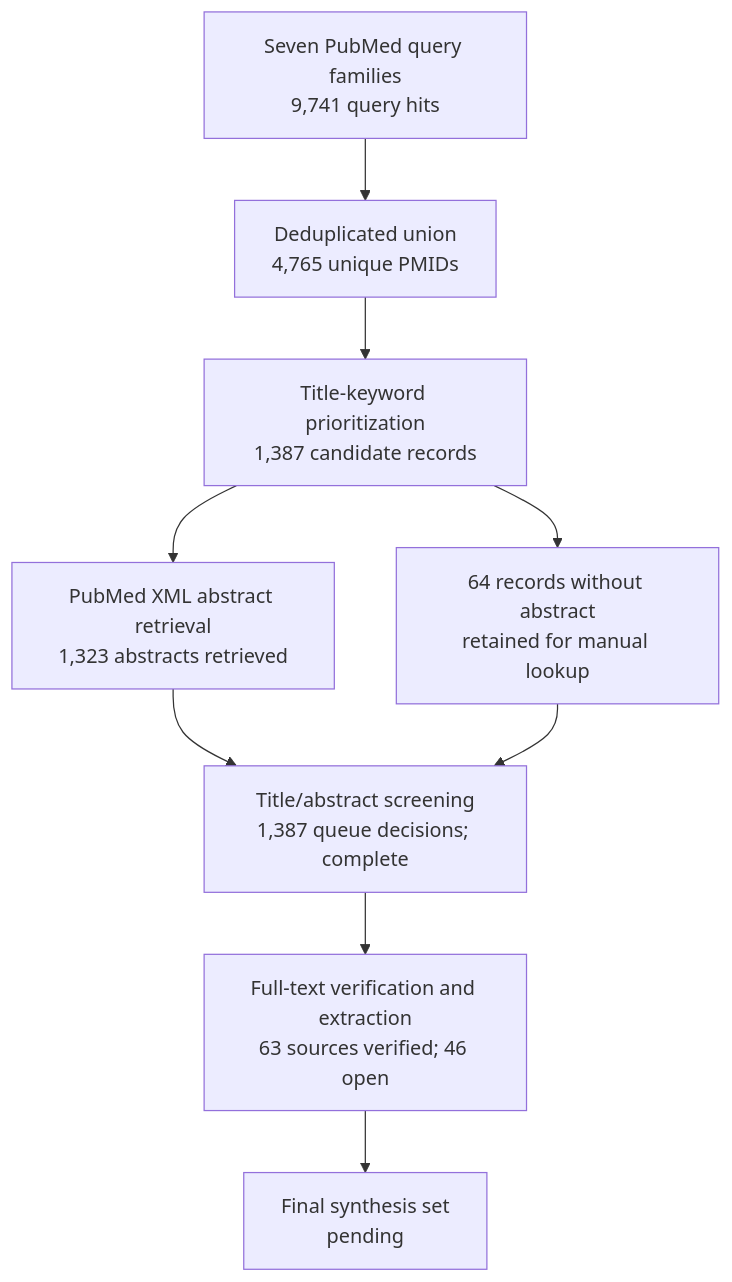
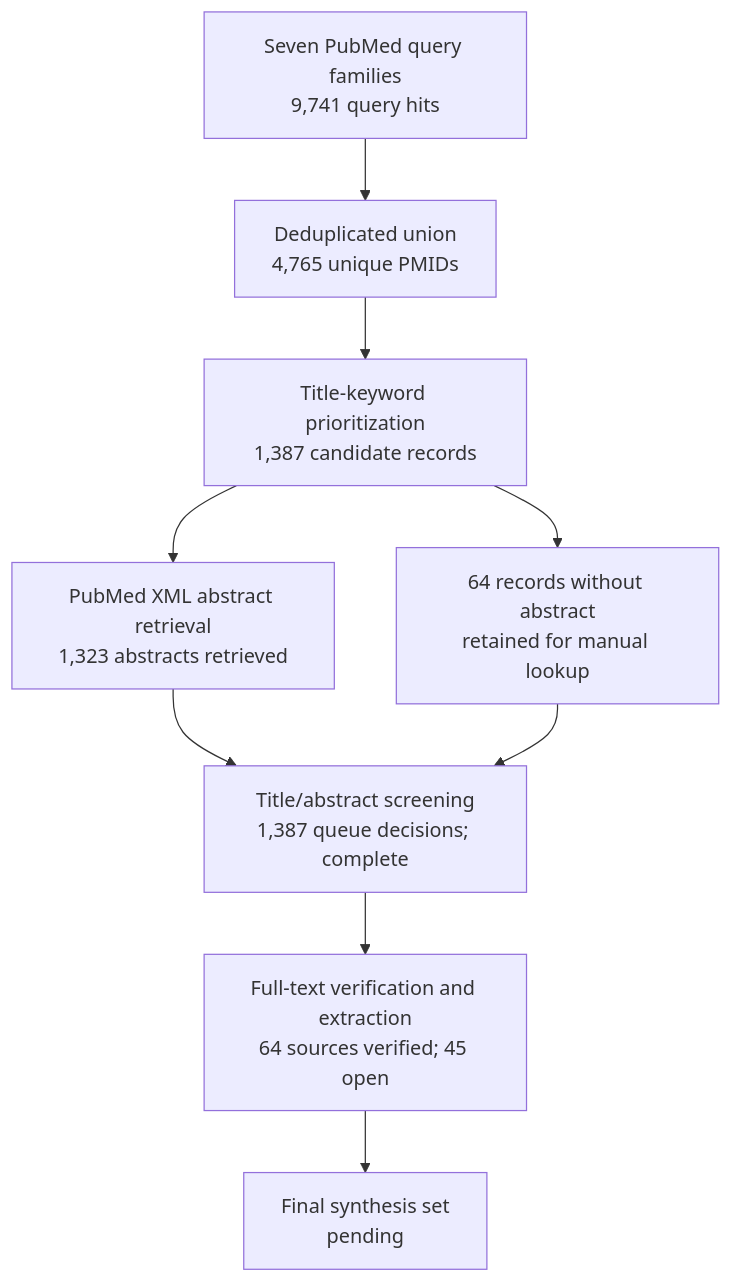
Before and after one commit to dcmcshan/artemisia: the diagram in manuscript/review-flow.md, drawn with Mermaid. The commit also changed other lines of this file and 13 other files, not shown here.

````diff
--- a/manuscript/review-flow.md
+++ b/manuscript/review-flow.md
@@ -5,11 +5,11 @@
 ```mermaid
 flowchart TB
   Q[Seven PubMed query families<br/>9,741 query hits] --> U[Deduplicated union<br/>4,765 unique PMIDs]
   U --> T[Title-keyword prioritization<br/>1,387 candidate records]
   T --> A[PubMed XML abstract retrieval<br/>1,323 abstracts retrieved]
   T --> N[64 records without abstract<br/>retained for manual lookup]
   A --> M[Title/abstract screening<br/>1,387 queue decisions; complete]
   N --> M
-  M --> F[Full-text verification and extraction<br/>63 sources verified; 46 open]
+  M --> F[Full-text verification and extraction<br/>64 sources verified; 45 open]
   F --> S[Final synthesis set<br/>pending]
 ```
````
